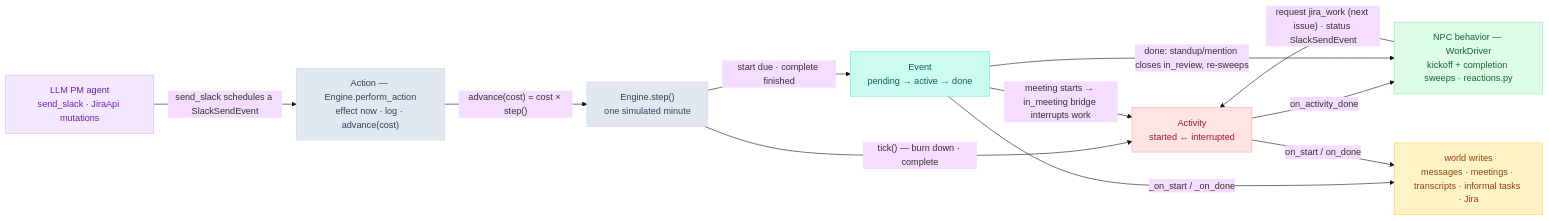
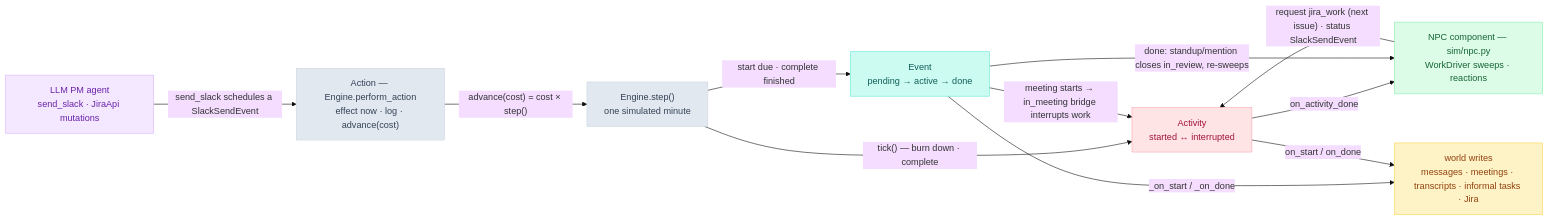
The diagram in docs/architecture.md (leo-lei-kang/project-manager), drawn with Mermaid (base theme) before and after one commit. The commit also changed other lines of this file and 49 other files, not shown here.

````diff
--- a/docs/architecture.md
+++ b/docs/architecture.md
@@ -159,28 +162,28 @@
 ```mermaid
 flowchart LR
   pm["LLM PM agent<br>send_slack · JiraApi mutations"]:::agent
   act["Action — Engine.perform_action<br>effect now · log · advance(cost)"]:::drv
   step["Engine.step()<br>one simulated minute"]:::drv
   ev["Event<br>pending → active → done"]:::event
-  npc["NPC behavior — WorkDriver<br>kickoff + completion sweeps · reactions.py"]:::npc
+  npc["NPC component — sim/npc.py<br>WorkDriver sweeps · reactions"]:::npc
   acts["Activity<br>started ↔ interrupted"]:::activity
   fx["world writes<br>messages · meetings · transcripts · informal tasks · Jira"]:::world
 
   pm -- "send_slack schedules a SlackSendEvent" --> act
   act -- "advance(cost) = cost × step()" --> step
   step -- "start due · complete finished" --> ev
   step -- "tick() — burn down · complete" --> acts
   acts -- "on_activity_done" --> npc
   npc -- "request jira_work (next issue) · status SlackSendEvent" --> acts
   ev -- "meeting starts → in_meeting bridge interrupts work" --> acts
   ev -- "done: standup/mention closes in_review, re-sweeps" --> npc
   ev -- "_on_start / _on_done" --> fx
   acts -- "on_start / on_done" --> fx
 
   classDef agent fill:#f3e8ff,stroke:#d8b4fe,color:#6b21a8;
   classDef npc fill:#dcfce7,stroke:#86efac,color:#166534;
   classDef event fill:#ccfbf1,stroke:#5eead4,color:#115e59;
   classDef activity fill:#ffe4e6,stroke:#fda4af,color:#9f1239;
   classDef drv fill:#e2e8f0,stroke:#cbd5e1,color:#334155;
   classDef world fill:#fef3c7,stroke:#fcd34d,color:#92400e;
 ```
````
